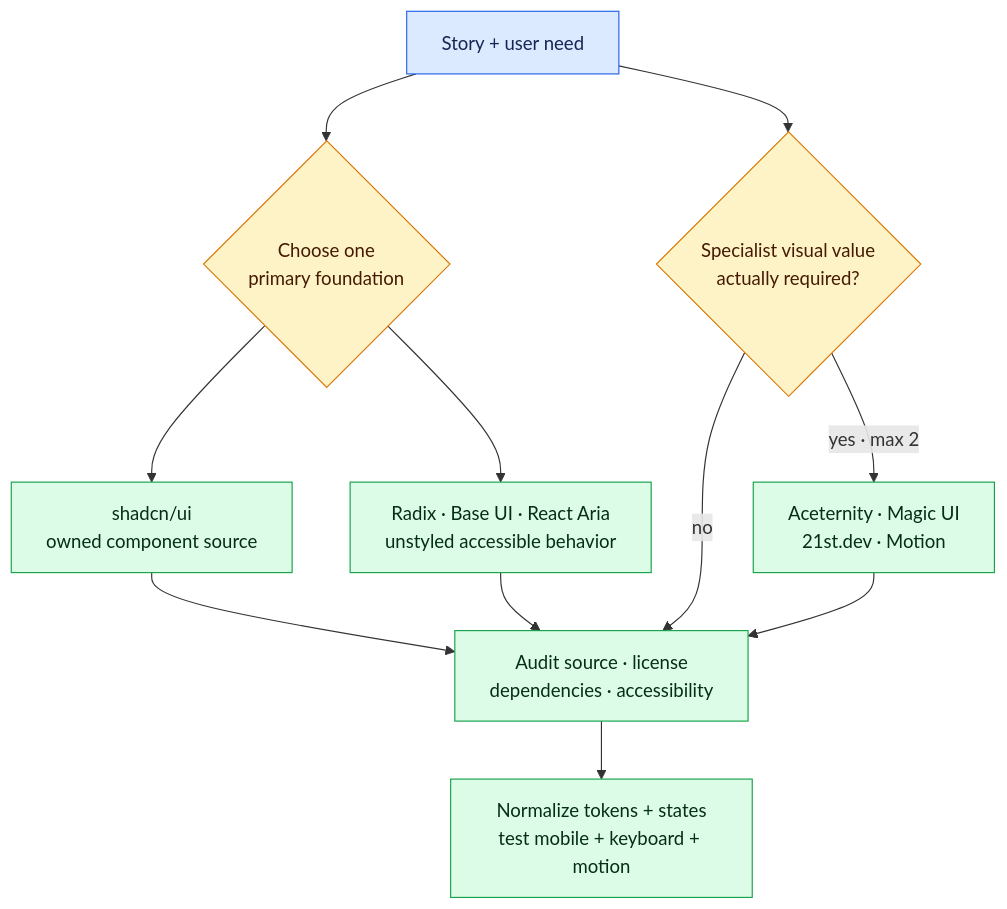
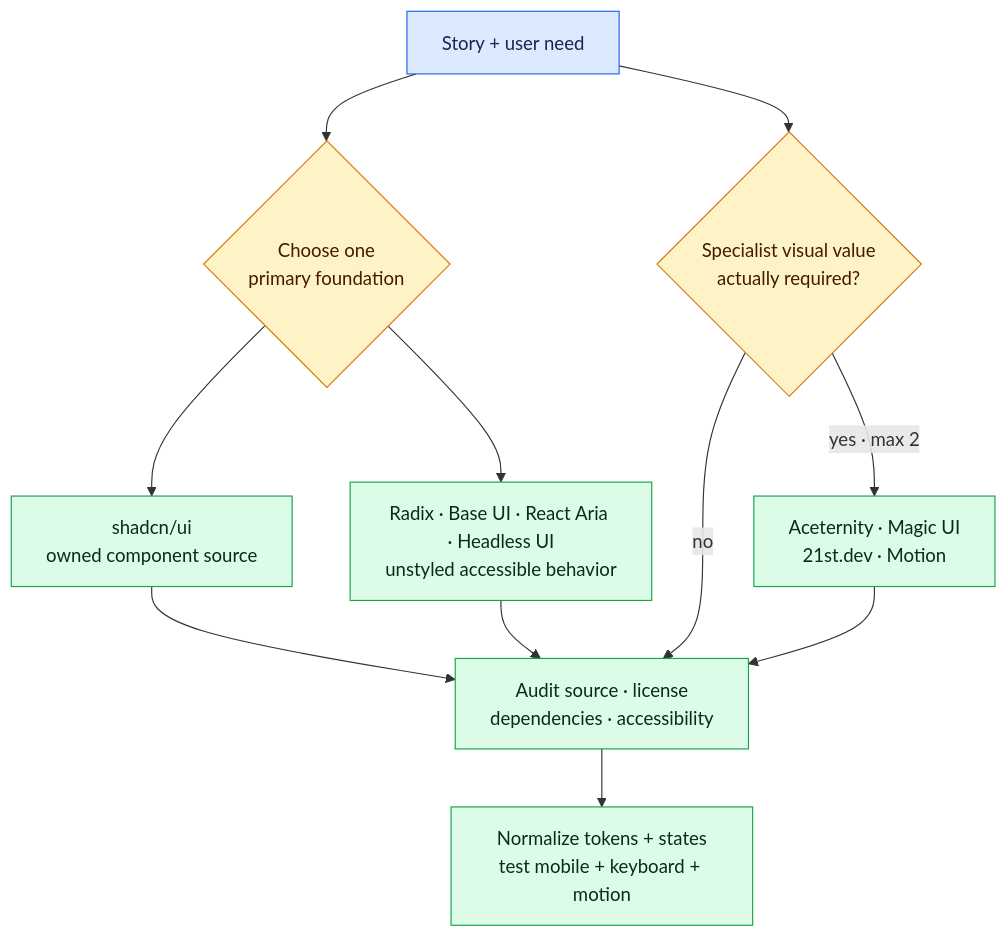
Before and after one commit to saliftankoano/pierre-build-program: the diagram in resources/ui-library-field-guide.md, drawn with Mermaid. The commit also changed other lines of this file and 253 other files, not shown here.

````diff
--- a/resources/ui-library-field-guide.md
+++ b/resources/ui-library-field-guide.md
@@ -5,20 +5,20 @@
 ```mermaid
 flowchart TD
     NEED["Story + user need"] --> BASE{"Choose one<br/>primary foundation"}
     BASE --> SHAD["shadcn/ui<br/>owned component source"]
-    BASE --> HEAD["Radix · Base UI · React Aria<br/>unstyled accessible behavior"]
+    BASE --> HEAD["Radix · Base UI · React Aria · Headless UI<br/>unstyled accessible behavior"]
     SHAD --> AUDIT["Audit source · license<br/>dependencies · accessibility"]
     HEAD --> AUDIT
     NEED --> SPECIAL{"Specialist visual value<br/>actually required?"}
     SPECIAL -->|"yes · max 2"| VIS["Aceternity · Magic UI<br/>21st.dev · Motion"]
     SPECIAL -->|"no"| AUDIT
     VIS --> AUDIT
     AUDIT --> SYSTEM["Normalize tokens + states<br/>test mobile + keyboard + motion"]
 
     classDef context fill:#dbeafe,stroke:#2563eb,color:#172554;
     classDef choice fill:#fef3c7,stroke:#d97706,color:#451a03;
     classDef build fill:#dcfce7,stroke:#16a34a,color:#052e16;
     class NEED context;
     class BASE,SPECIAL choice;
     class SHAD,HEAD,VIS,AUDIT,SYSTEM build;
 ```
````
